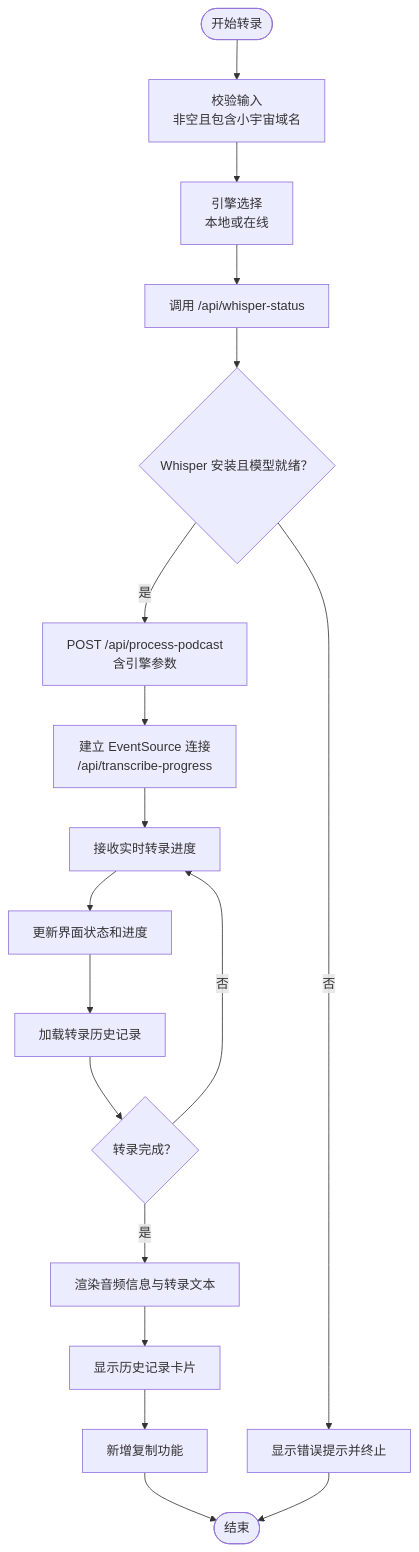
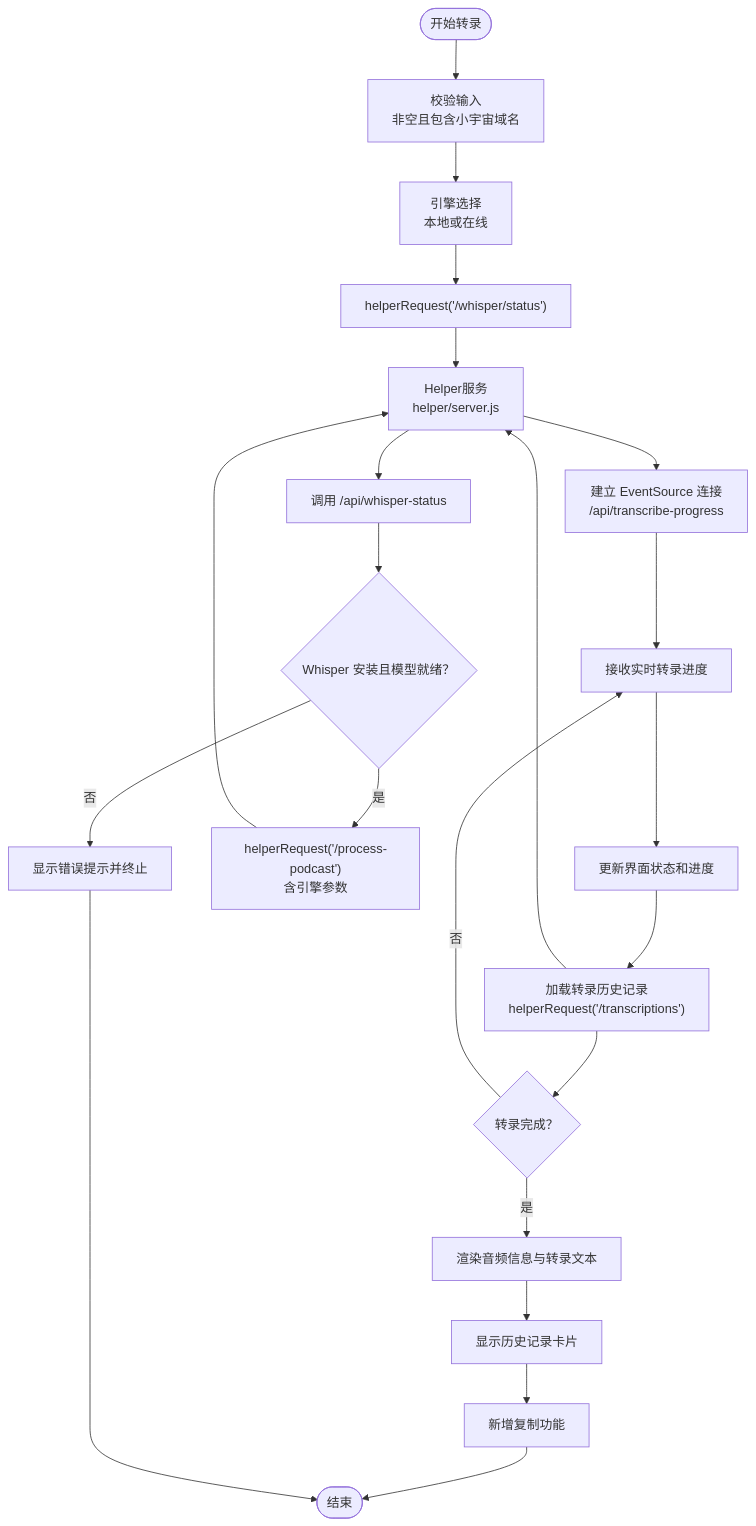
The seventh of 25 diagrams in .qoder/repowiki/zh/content/核心功能模块/播客转录功能.md (clawbotai/memo-flow), drawn with Mermaid before and after one commit. The commit also changed other lines of this file and 5 other files, not shown here.

````diff
--- a/.qoder/repowiki/zh/content/核心功能模块/播客转录功能.md
+++ b/.qoder/repowiki/zh/content/核心功能模块/播客转录功能.md
@@ -304,20 +412,24 @@
 ```mermaid
 flowchart TD
 Start(["开始转录"]) --> Validate["校验输入<br/>非空且包含小宇宙域名"]
 Validate --> EngineSelect["引擎选择<br/>本地或在线"]
-EngineSelect --> StatusCheck["调用 /api/whisper-status"]
+EngineSelect --> HelperRequest["helperRequest('/whisper/status')"]
+HelperRequest --> HelperService["Helper服务<br/>helper/server.js"]
+HelperService --> StatusCheck["调用 /api/whisper-status"]
 StatusCheck --> StatusOK{"Whisper 安装且模型就绪？"}
 StatusOK --> |否| ShowError["显示错误提示并终止"]
-StatusOK --> |是| CallAPI["POST /api/process-podcast<br/>含引擎参数"]
-CallAPI --> CreateES["建立 EventSource 连接<br/>/api/transcribe-progress"]
+StatusOK --> |是| CallAPI["helperRequest('/process-podcast')<br/>含引擎参数"]
+CallAPI --> HelperService
+HelperService --> CreateES["建立 EventSource 连接<br/>/api/transcribe-progress"]
 CreateES --> ReceiveProgress["接收实时转录进度"]
 ReceiveProgress --> UpdateUI["更新界面状态和进度"]
-UpdateUI --> LoadHistory["加载转录历史记录"]
+UpdateUI --> LoadHistory["加载转录历史记录<br/>helperRequest('/transcriptions')"]
+LoadHistory --> HelperService
 LoadHistory --> Complete{"转录完成？"}
 Complete --> |否| ReceiveProgress
 Complete --> |是| RenderResult["渲染音频信息与转录文本"]
 RenderResult --> ShowHistory["显示历史记录卡片"]
 ShowHistory --> CopyFeature["新增复制功能"]
 CopyFeature --> End(["结束"])
 ShowError --> End
 ```
````
